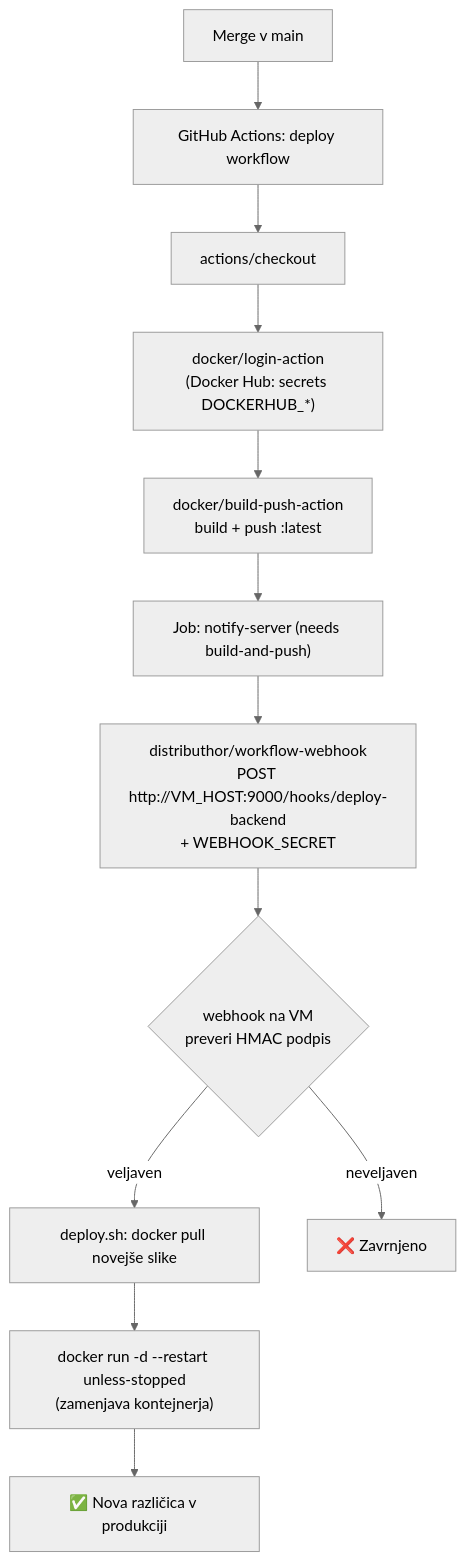
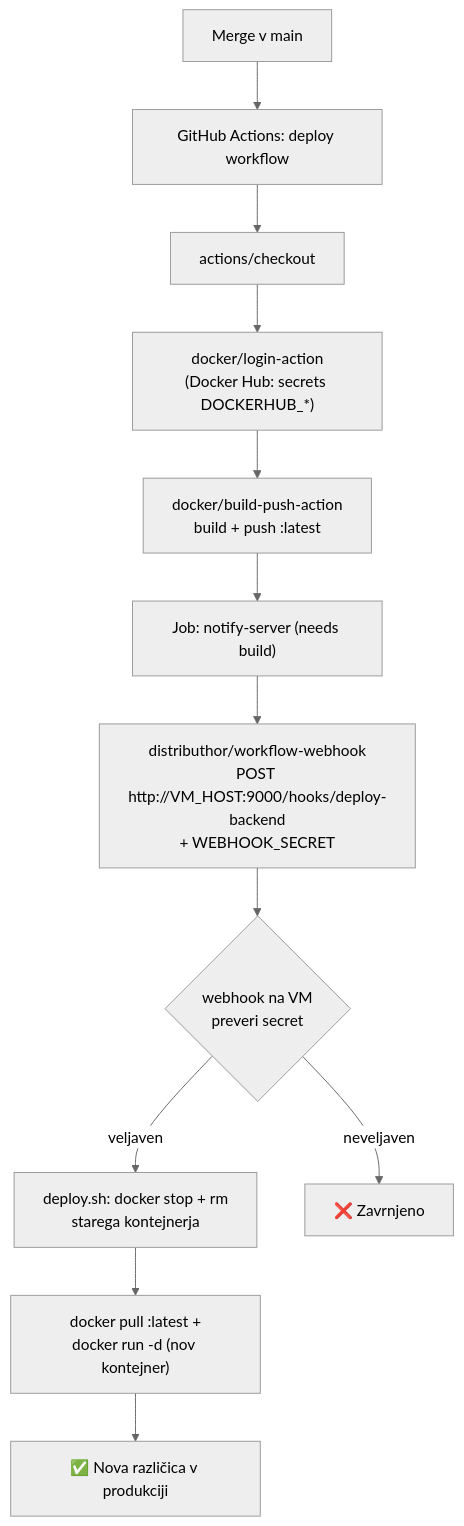
One commit to DropInSlovenia/dokumentacija changed the tenth of 11 diagrams in DOKUMENTACIJA.md. Above: the diagram before and after it, drawn with Mermaid (neutral theme). The commit also changed other lines of this file, not shown here.

````diff
--- a/DOKUMENTACIJA.md
+++ b/DOKUMENTACIJA.md
@@ -941,14 +739,14 @@
 ```mermaid
 flowchart TD
     A["Merge v main"] --> B["GitHub Actions: deploy workflow"]
     B --> C["actions/checkout"]
     C --> D["docker/login-action<br/>(Docker Hub: secrets DOCKERHUB_*)"]
     D --> E["docker/build-push-action<br/>build + push :latest"]
-    E --> F["Job: notify-server (needs build-and-push)"]
+    E --> F["Job: notify-server (needs build)"]
     F --> G["distributhor/workflow-webhook<br/>POST http://VM_HOST:9000/hooks/deploy-backend<br/>+ WEBHOOK_SECRET"]
-    G --> H{"webhook na VM<br/>preveri HMAC podpis"}
-    H -->|veljaven| I["deploy.sh: docker pull novejše slike"]
-    I --> J["docker run -d --restart unless-stopped<br/>(zamenjava kontejnerja)"]
+    G --> H{"webhook na VM<br/>preveri secret"}
+    H -->|veljaven| I["deploy.sh: docker stop + rm<br/>starega kontejnerja"]
+    I --> J["docker pull :latest +<br/>docker run -d (nov kontejner)"]
     J --> K["✅ Nova različica v produkciji"]
     H -->|neveljaven| L["❌ Zavrnjeno"]
 ```
````
